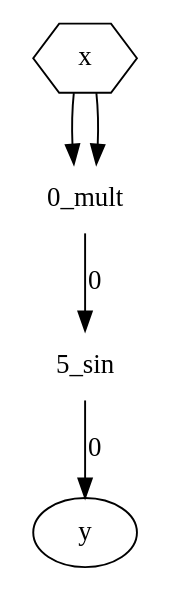
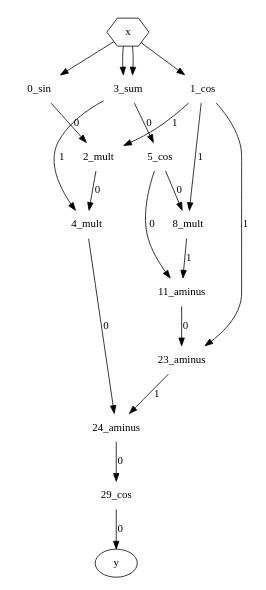
The diagram in best.dot (joaoMartinSaquet/pyCGP), drawn with Graphviz before and after one commit. The commit also changed 9 other files, not shown here.

```diff
--- a/best.dot
+++ b/best.dot
@@ -1,12 +1,38 @@
 digraph cgp {
 	size = "4,4";
 	y [shape=oval];
-	sin_5 -> y [label="0"];
-	sin_5 [label= "5_sin", shape=none];
-	mult_0 -> sin_5 [label="0"];
-	mult_0 [label= "0_mult", shape=none];
+	cos_29 -> y [label="0"];
+	cos_29 [label= "29_cos", shape=none];
+	aminus_24 -> cos_29 [label="0"];
+	aminus_24 [label= "24_aminus", shape=none];
+	mult_4 -> aminus_24 [label="0"];
+	mult_4 [label= "4_mult", shape=none];
+	mult_2 -> mult_4 [label="0"];
+	mult_2 [label= "2_mult", shape=none];
+	sin_0 -> mult_2 [label="0"];
+	sin_0 [label= "0_sin", shape=none];
 	x [shape=polygon,sides=6];
-	x -> mult_0 [laN_COLSbel="0"];
+	x -> sin_0 [laN_COLSbel="0"];
+	cos_1 -> mult_2 [label="1"];
+	cos_1 [label= "1_cos", shape=none];
 	x [shape=polygon,sides=6];
-	x -> mult_0 [laN_COLSbel="1"];
+	x -> cos_1 [laN_COLSbel="0"];
+	sum_3 -> mult_4 [label="1"];
+	sum_3 [label= "3_sum", shape=none];
+	x [shape=polygon,sides=6];
+	x -> sum_3 [laN_COLSbel="0"];
+	x [shape=polygon,sides=6];
+	x -> sum_3 [laN_COLSbel="1"];
+	aminus_23 -> aminus_24 [label="1"];
+	aminus_23 [label= "23_aminus", shape=none];
+	aminus_11 -> aminus_23 [label="0"];
+	aminus_11 [label= "11_aminus", shape=none];
+	cos_5 -> aminus_11 [label="0"];
+	cos_5 [label= "5_cos", shape=none];
+	sum_3 -> cos_5 [label="0"];
+	mult_8 -> aminus_11 [label="1"];
+	mult_8 [label= "8_mult", shape=none];
+	cos_5 -> mult_8 [label="0"];
+	cos_1 -> mult_8 [label="1"];
+	cos_1 -> aminus_23 [label="1"];
 }
```
